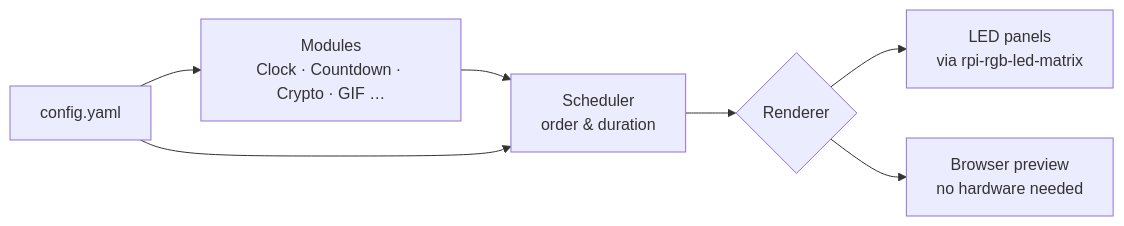
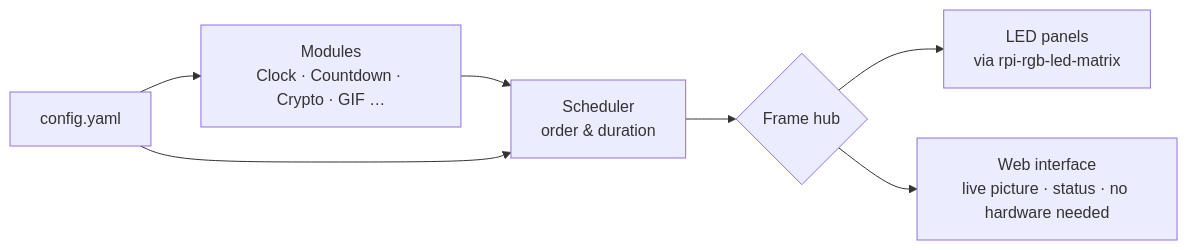
Before and after one commit to gerry-git-ops/Waveshare-P2.5-LED-Matrix: the diagram in README.md, drawn with Mermaid. The commit also changed other lines of this file and 10 other files, not shown here.

First line of the commit message:
docs: document the web interface

````diff
--- a/README.md
+++ b/README.md
@@ -140,9 +140,9 @@
 ```mermaid
 flowchart LR
     A[Modules<br/>Clock · Countdown · Crypto · GIF …] --> B[Scheduler<br/>order & duration]
     E[config.yaml] --> A
     E --> B
-    B --> C{Renderer}
+    B --> C{Frame hub}
     C --> D[LED panels<br/>via rpi-rgb-led-matrix]
-    C --> F[Browser preview<br/>no hardware needed]
+    C --> F[Web interface<br/>live picture · status · no hardware needed]
 ```
````
